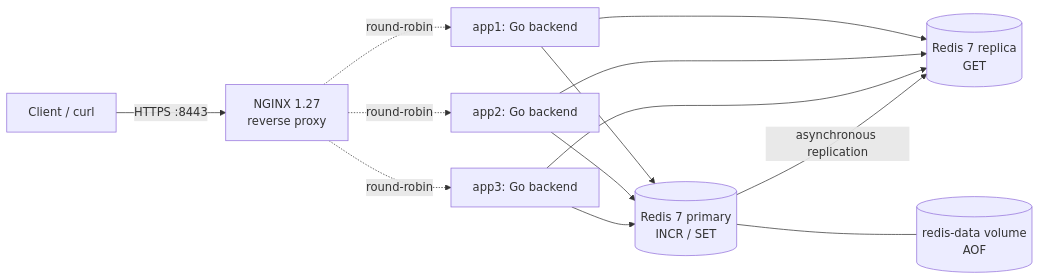
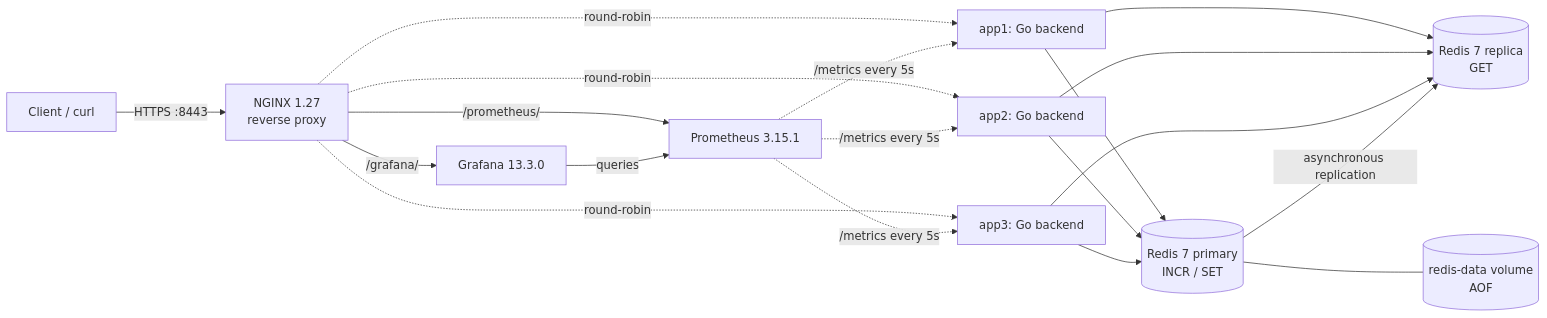
The diagram in README.md (kajuyerim/docker-based-multiserver-system), drawn with Mermaid before and after one commit. The commit also changed other lines of this file and 3 other files, not shown here.

````diff
--- a/README.md
+++ b/README.md
@@ -35,24 +40,30 @@
 ```mermaid
 flowchart LR
     Client[Client / curl]
     nginx[NGINX 1.27<br/>reverse proxy]
     app1[app1: Go backend]
     app2[app2: Go backend]
     app3[app3: Go backend]
     redis[(Redis 7 primary<br/>INCR / SET)]
     reader[(Redis 7 replica<br/>GET)]
     data[(redis-data volume<br/>AOF)]
 
     Client -->|HTTPS :8443| nginx
     nginx -. round-robin .-> app1
     nginx -. round-robin .-> app2
     nginx -. round-robin .-> app3
     app1 --> redis
     app2 --> redis
     app3 --> redis
     app1 --> reader
     app2 --> reader
     app3 --> reader
     redis -->|asynchronous replication| reader
     redis --- data
+    nginx -->|/grafana/| grafana[Grafana 13.3.0]
+    nginx -->|/prometheus/| prometheus[Prometheus 3.15.1]
+    grafana -->|queries| prometheus
+    prometheus -. /metrics every 5s .-> app1
+    prometheus -. /metrics every 5s .-> app2
+    prometheus -. /metrics every 5s .-> app3
 ```
````
